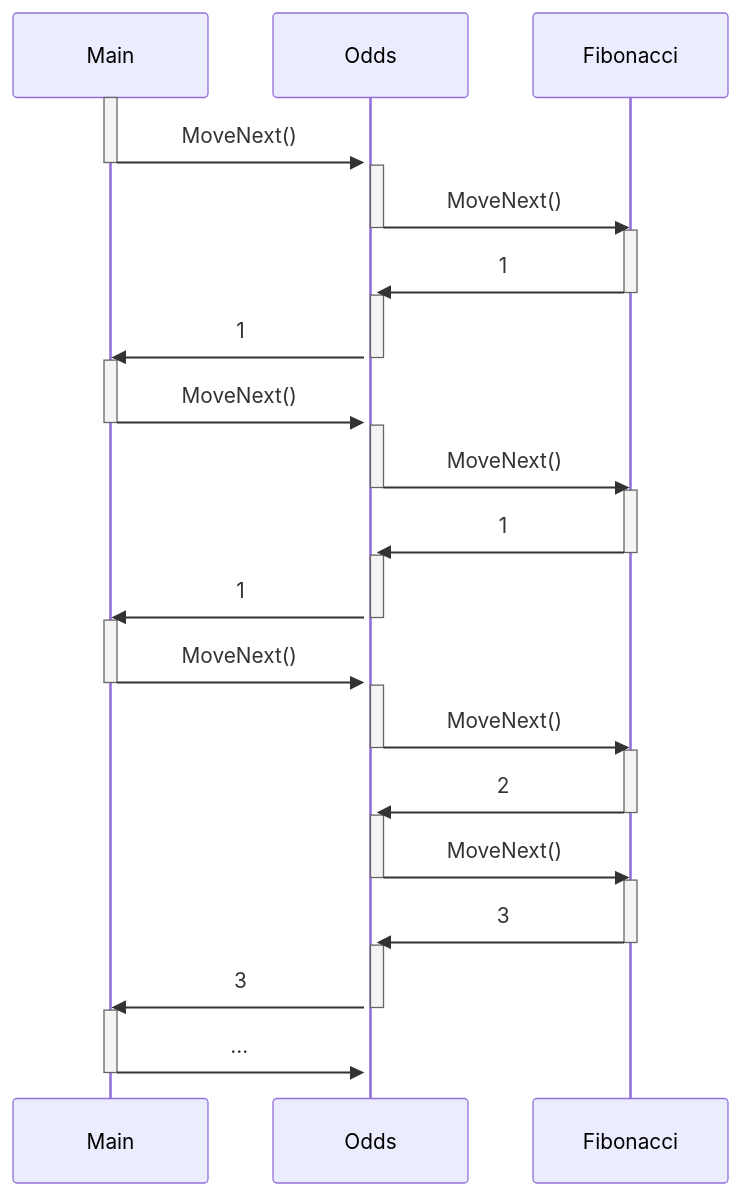
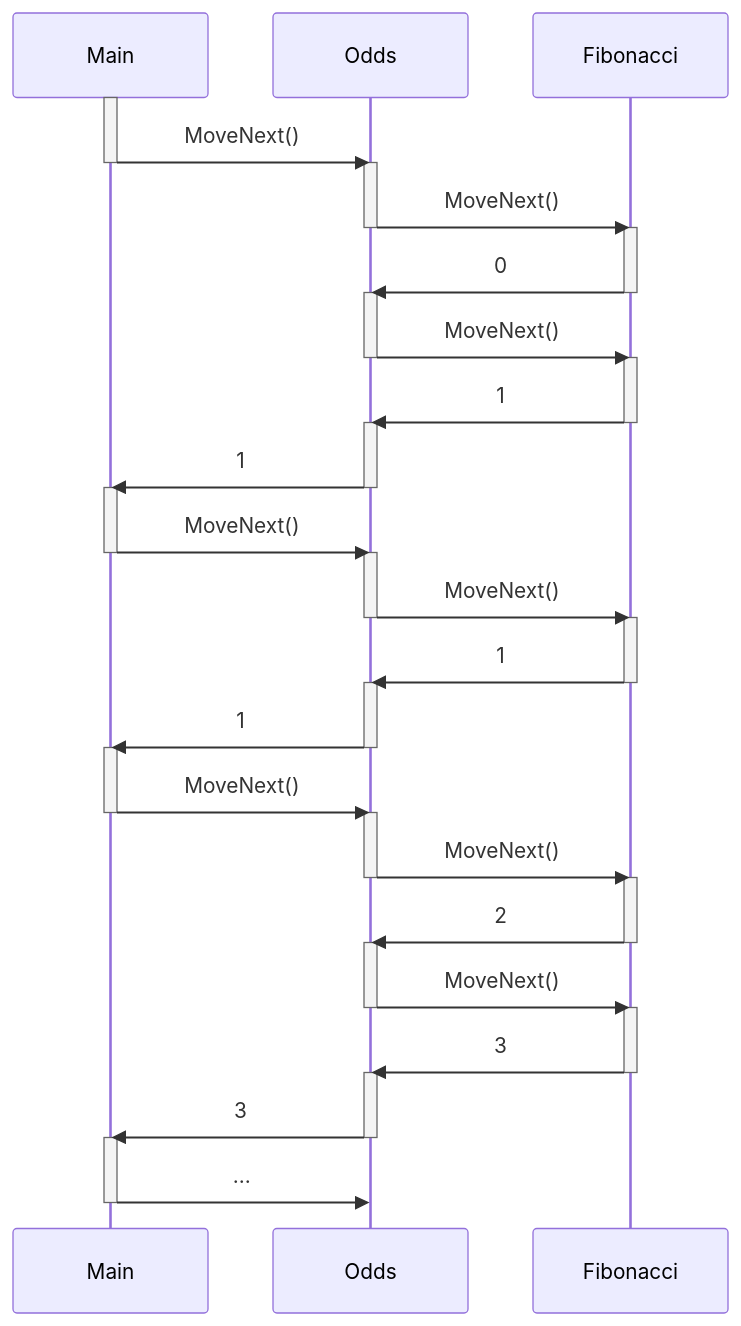
One commit to P3-MINI/csharp-site changed the diagram in content/lectures/06.collections/enumerators.pl.md. Above: the diagram before and after it, drawn with Mermaid. The commit also changed 1 other file, not shown here.

Commit message:
Fix typo in PL using directive explanation (#66)
* Fix typo in PL using directive explanation

* Fix graphic showing use of fib and odds to match code in PL enumerators.pl.md

````diff
--- a/content/lectures/06.collections/enumerators.pl.md
+++ b/content/lectures/06.collections/enumerators.pl.md
@@ -261,51 +261,57 @@
 ```mermaid
 sequenceDiagram
     participant Main
     participant Odds
     participant Fibonacci
     activate Main
-    Main->>+Odds: MoveNext()
+    Main->>Odds: MoveNext()
     deactivate Main
+    activate Odds
+    Odds->>Fibonacci: MoveNext()
+    deactivate Odds
+    activate Fibonacci
+    Fibonacci->>Odds: 0
+    deactivate Fibonacci
     activate Odds
     Odds->>Fibonacci: MoveNext()
     deactivate Odds
     activate Fibonacci
     Fibonacci->>Odds: 1
     deactivate Fibonacci
     activate Odds
     Odds->>Main: 1
     deactivate Odds
     activate Main
     Main->>Odds: MoveNext()
     deactivate Main
     activate Odds
     Odds->>Fibonacci: MoveNext()
     deactivate Odds
     activate Fibonacci
     Fibonacci->>Odds: 1
     deactivate Fibonacci
     activate Odds
     Odds->>Main: 1
     deactivate Odds
     activate Main
     Main->>Odds: MoveNext()
     deactivate Main
     activate Odds
     Odds->>Fibonacci: MoveNext()
     deactivate Odds
     activate Fibonacci
     Fibonacci->>Odds: 2
     deactivate Fibonacci
     activate Odds
     Odds->>Fibonacci: MoveNext()
     deactivate Odds
     activate Fibonacci
     Fibonacci->>Odds: 3
     deactivate Fibonacci
     activate Odds
     Odds->>Main: 3
     deactivate Odds
     activate Main
     Main->>Odds: ...
     deactivate Main
 ```
````
